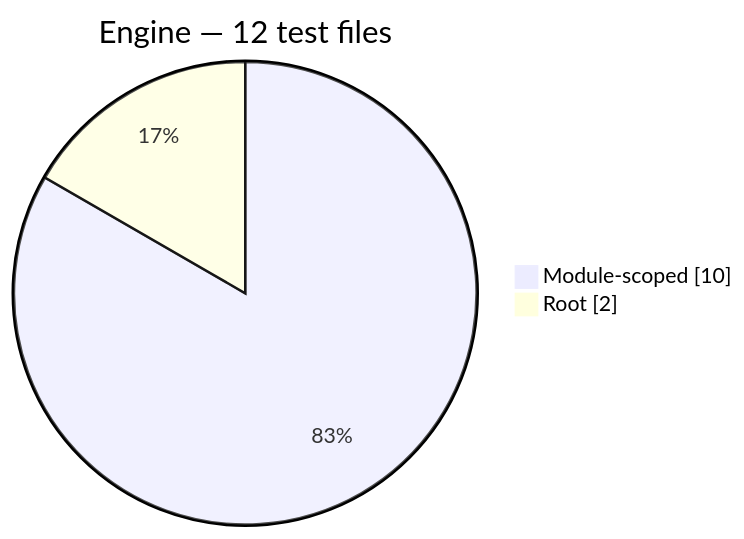
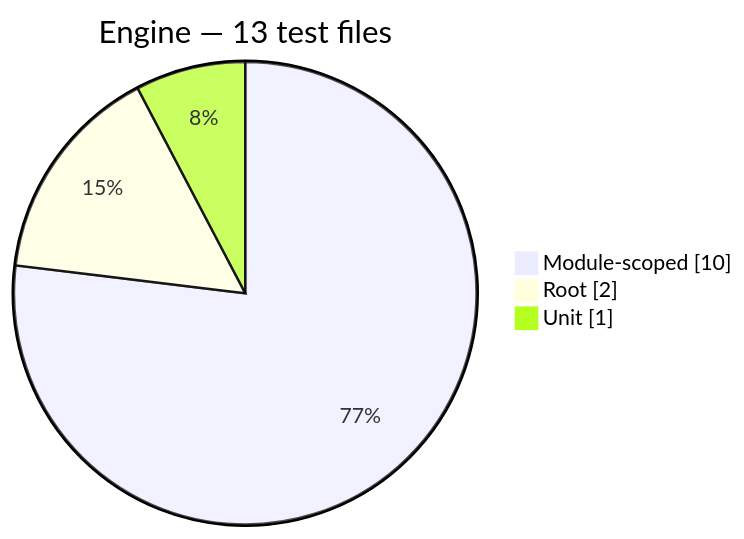
Before and after one commit to PHP-Arazzo/php-arazzo: the sixth of 13 diagrams in docs/generated/test-composition.md, drawn with Mermaid. The commit also changed other lines of this file and 209 other files, not shown here.

````diff
--- a/docs/generated/test-composition.md
+++ b/docs/generated/test-composition.md
@@ -88,6 +90,7 @@
 ```mermaid
 pie showData
-    title Engine — 12 test files
+    title Engine — 13 test files
     "Module-scoped": 10
     "Root": 2
+    "Unit": 1
 ```
````
